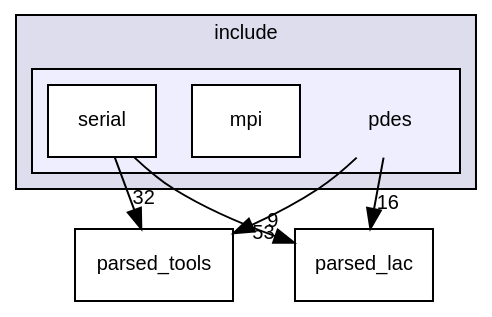
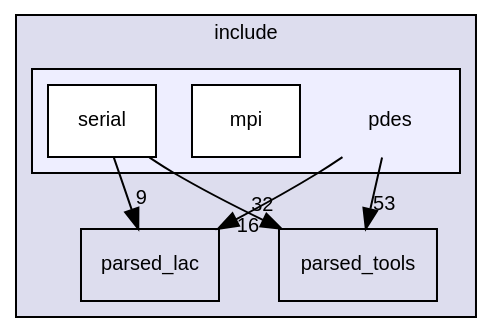
The diagram in dir_60faf9a10d52b04582224b9116454383_dep.dot (luca-heltai/fsi-suite), drawn with Graphviz before and after one commit. The commit also changed 1278 other files, not shown here.

```diff
--- a/dir_60faf9a10d52b04582224b9116454383_dep.dot
+++ b/dir_60faf9a10d52b04582224b9116454383_dep.dot
@@ -1,21 +1,21 @@
 digraph "include/pdes" {
   bgcolor=transparent;
   compound=true
   node [ fontsize="10", fontname="Helvetica"];
   edge [ labelfontsize="10", labelfontname="Helvetica"];
   subgraph clusterdir_d44c64559bbebec7f509842c48db8b23 {
     graph [ bgcolor="#ddddee", pencolor="black", label="include" fontname="Helvetica", fontsize="10", URL="dir_d44c64559bbebec7f509842c48db8b23.html"]
+  dir_65593bf93f1e4428cc81baf4bb94349f [shape=box label="parsed_lac" URL="dir_65593bf93f1e4428cc81baf4bb94349f.html"];
+  dir_8e8448d9aef603b86753e7cb911804a9 [shape=box label="parsed_tools" URL="dir_8e8448d9aef603b86753e7cb911804a9.html"];
   subgraph clusterdir_60faf9a10d52b04582224b9116454383 {
     graph [ bgcolor="#eeeeff", pencolor="black", label="" URL="dir_60faf9a10d52b04582224b9116454383.html"];
     dir_60faf9a10d52b04582224b9116454383 [shape=plaintext label="pdes"];
-    dir_7ac85db751091b31b06a51e40fc82221 [shape=box label="mpi" color="black" fillcolor="white" style="filled" URL="dir_7ac85db751091b31b06a51e40fc82221.html"];
-    dir_0d1c0d82d2331d1d942d7c7f0084aeb2 [shape=box label="serial" color="black" fillcolor="white" style="filled" URL="dir_0d1c0d82d2331d1d942d7c7f0084aeb2.html"];
+  dir_7ac85db751091b31b06a51e40fc82221 [shape=box label="mpi" fillcolor="white" style="filled" URL="dir_7ac85db751091b31b06a51e40fc82221.html"];
+  dir_0d1c0d82d2331d1d942d7c7f0084aeb2 [shape=box label="serial" fillcolor="white" style="filled" URL="dir_0d1c0d82d2331d1d942d7c7f0084aeb2.html"];
   }
   }
-  dir_8e8448d9aef603b86753e7cb911804a9 [shape=box label="parsed_tools" URL="dir_8e8448d9aef603b86753e7cb911804a9.html"];
-  dir_65593bf93f1e4428cc81baf4bb94349f [shape=box label="parsed_lac" URL="dir_65593bf93f1e4428cc81baf4bb94349f.html"];
+  dir_60faf9a10d52b04582224b9116454383->dir_65593bf93f1e4428cc81baf4bb94349f [headlabel="16", labeldistance=1.5 headhref="dir_000006_000004.html"];
   dir_60faf9a10d52b04582224b9116454383->dir_8e8448d9aef603b86753e7cb911804a9 [headlabel="53", labeldistance=1.5 headhref="dir_000006_000005.html"];
-  dir_60faf9a10d52b04582224b9116454383->dir_65593bf93f1e4428cc81baf4bb94349f [headlabel="16", labeldistance=1.5 headhref="dir_000006_000004.html"];
+  dir_0d1c0d82d2331d1d942d7c7f0084aeb2->dir_65593bf93f1e4428cc81baf4bb94349f [headlabel="9", labeldistance=1.5 headhref="dir_000008_000004.html"];
   dir_0d1c0d82d2331d1d942d7c7f0084aeb2->dir_8e8448d9aef603b86753e7cb911804a9 [headlabel="32", labeldistance=1.5 headhref="dir_000008_000005.html"];
-  dir_0d1c0d82d2331d1d942d7c7f0084aeb2->dir_65593bf93f1e4428cc81baf4bb94349f [headlabel="9", labeldistance=1.5 headhref="dir_000008_000004.html"];
 }
```
